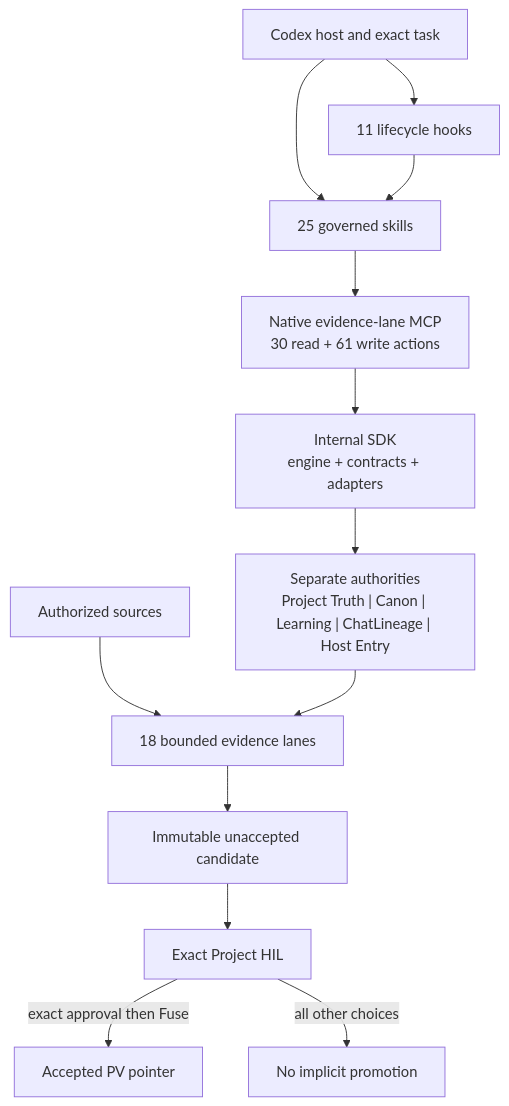
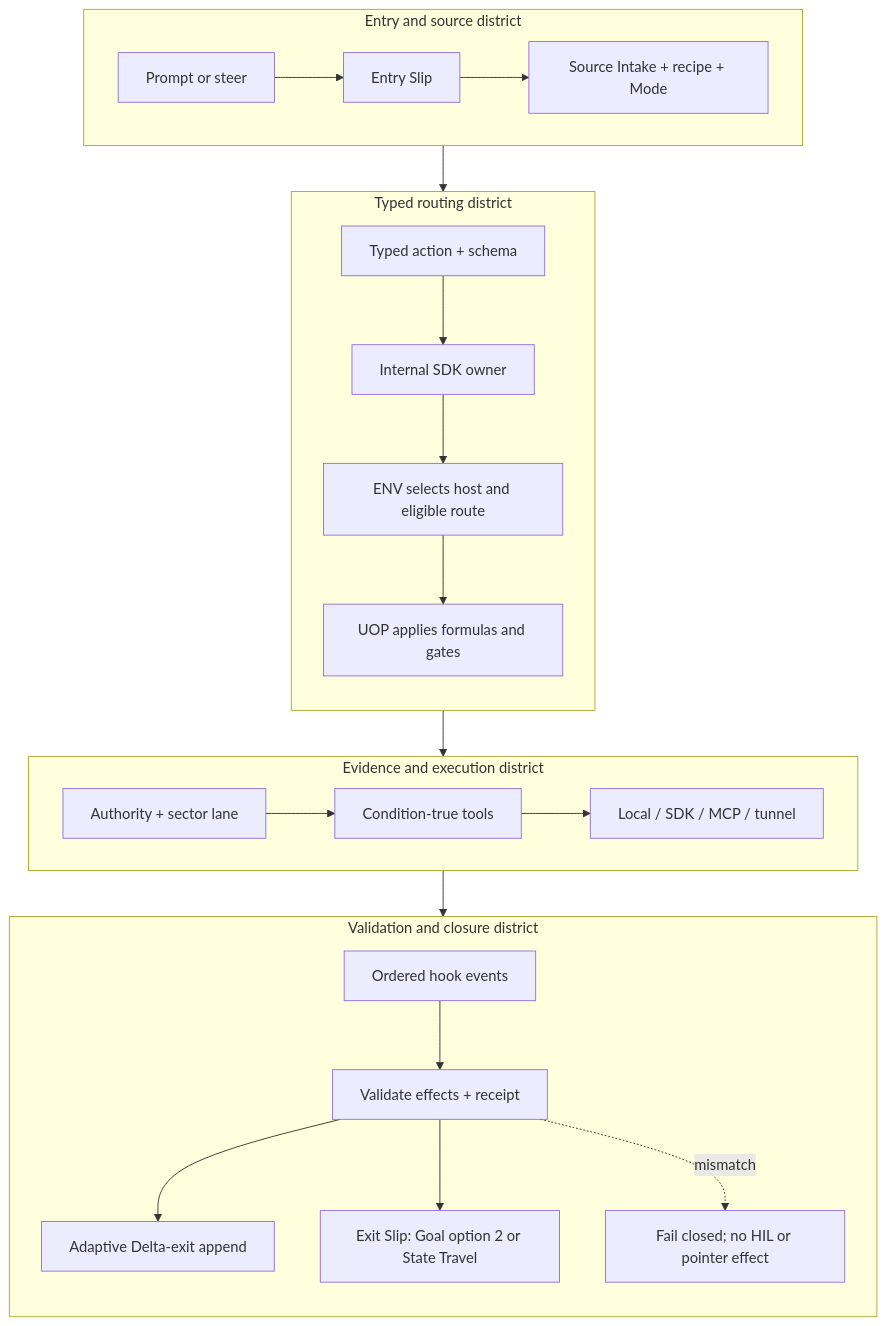
The diagram in README.md (rathee000001/evidence_lane_plugin), drawn with Mermaid before and after one commit. The commit also changed other lines of this file and 1402 other files, not shown here.

Commit message:
feat: complete Evidence Lane 3.0 systemwide refresh

````diff
--- a/README.md
+++ b/README.md
@@ -215,15 +97,27 @@
 ```mermaid
-flowchart TD
-    Host["Codex host and exact task"] --> Hooks["11 lifecycle hooks"]
-    Host --> Skills["25 governed skills"]
-    Hooks --> Skills
-    Skills --> MCP["Native evidence-lane MCP<br/>30 read + 61 write actions"]
-    MCP --> SDK["Internal SDK<br/>engine + contracts + adapters"]
-    SDK --> Authorities["Separate authorities<br/>Project Truth | Canon | Learning | ChatLineage | Host Entry"]
-    Sources["Authorized sources"] --> Lanes["18 bounded evidence lanes"]
-    Authorities --> Lanes
-    Lanes --> Candidate["Immutable unaccepted candidate"]
-    Candidate --> HIL["Exact Project HIL"]
-    HIL -->|"exact approval then Fuse"| Pointer["Accepted PV pointer"]
-    HIL -->|"all other choices"| NoPromotion["No implicit promotion"]
+flowchart TB
+    subgraph EntryDistrict["Entry and source district"]
+      direction LR
+      Prompt["Prompt or steer"] --> Entry["Entry Slip"] --> Intake["Source Intake + recipe + Mode"]
+    end
+    subgraph RoutingDistrict["Typed routing district"]
+      direction TB
+      Typed["Typed action + schema"] --> SDK["Internal SDK owner"]
+      SDK --> ENV["ENV selects host and eligible route"]
+      ENV --> UOP["UOP applies formulas and gates"]
+    end
+    subgraph EvidenceDistrict["Evidence and execution district"]
+      direction LR
+      Authority["Authority + sector lane"] --> Tools["Condition-true tools"] --> Transport["Local / SDK / MCP / tunnel"]
+    end
+    subgraph ClosureDistrict["Validation and closure district"]
+      direction TB
+      Hooks["Ordered hook events"] --> Validate["Validate effects + receipt"]
+      Validate --> Continue["Adaptive Delta-exit append"]
+      Validate --> Exit["Exit Slip: Goal option 2 or State Travel"]
+      Validate -. mismatch .-> Fail["Fail closed; no HIL or pointer effect"]
+    end
+    Intake --> Typed
+    UOP --> Authority
+    Transport --> Hooks
 ```
````
